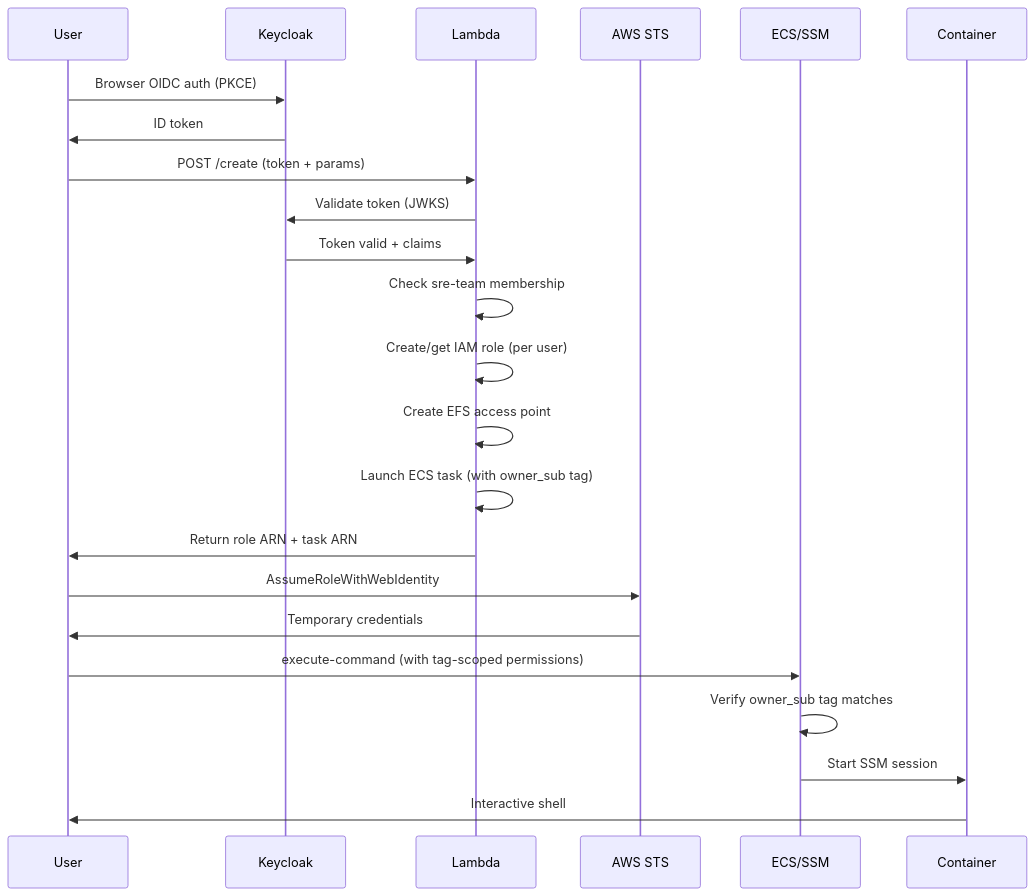
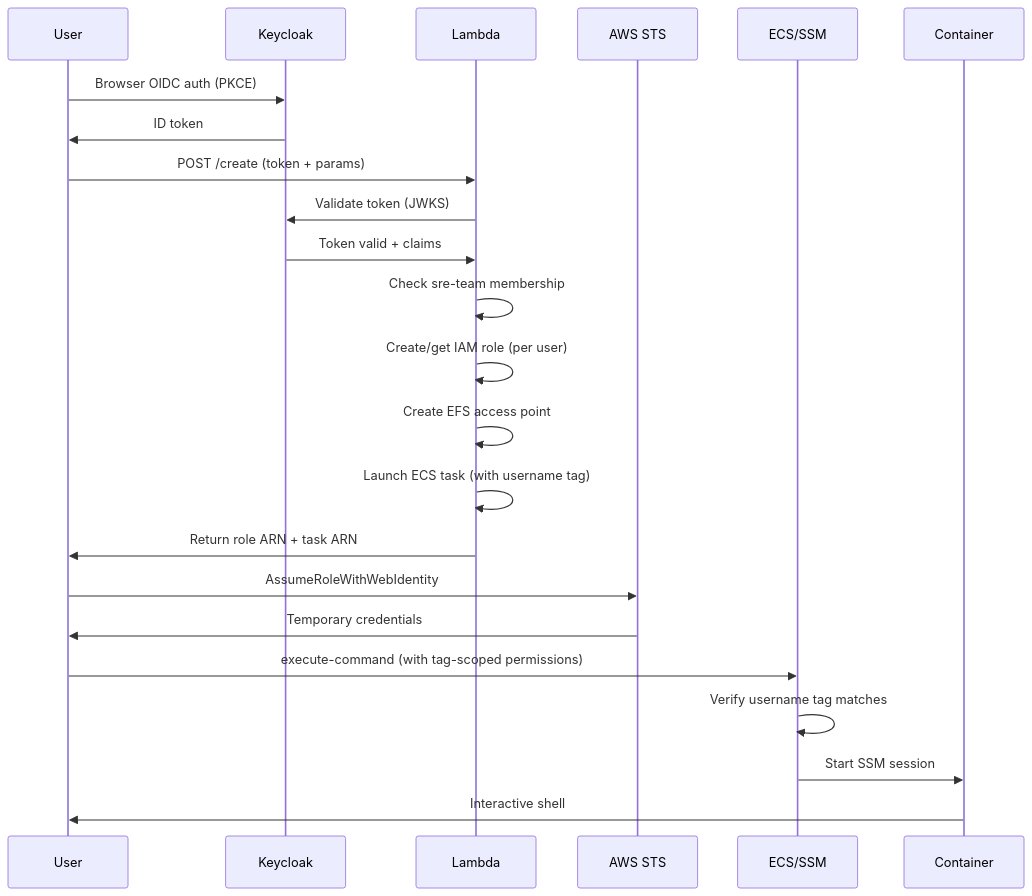
The second of 2 diagrams in docs/runbooks/investigation-workflow.md (openshift-online/rosa-boundary), drawn with Mermaid before and after one commit. The commit also changed other lines of this file and 12 other files, not shown here.

First line of the commit message:
Rename owner_sub/OwnerSub tag references to oidc_sub/username

````diff
--- a/docs/runbooks/investigation-workflow.md
+++ b/docs/runbooks/investigation-workflow.md
@@ -171,26 +172,26 @@
 ```mermaid
 sequenceDiagram
     participant U as User
     participant KC as Keycloak
     participant L as Lambda
     participant STS as AWS STS
     participant ECS as ECS/SSM
     participant C as Container
 
     U->>KC: Browser OIDC auth (PKCE)
     KC->>U: ID token
     U->>L: POST /create (token + params)
     L->>KC: Validate token (JWKS)
     KC->>L: Token valid + claims
     L->>L: Check sre-team membership
     L->>L: Create/get IAM role (per user)
     L->>L: Create EFS access point
-    L->>L: Launch ECS task (with owner_sub tag)
+    L->>L: Launch ECS task (with username tag)
     L->>U: Return role ARN + task ARN
     U->>STS: AssumeRoleWithWebIdentity
     STS->>U: Temporary credentials
     U->>ECS: execute-command (with tag-scoped permissions)
-    ECS->>ECS: Verify owner_sub tag matches
+    ECS->>ECS: Verify username tag matches
     ECS->>C: Start SSM session
     C->>U: Interactive shell
 ```
````
